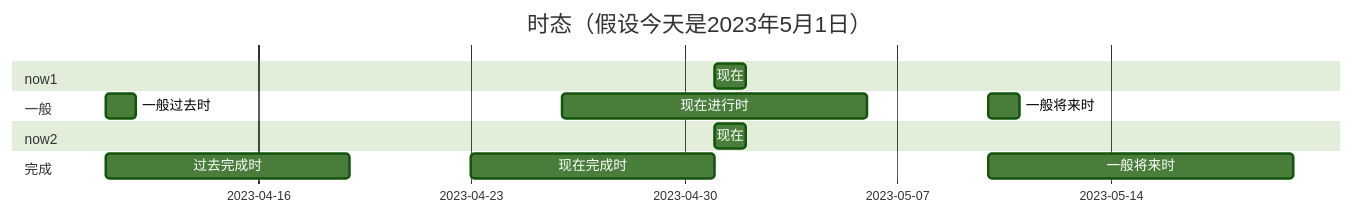
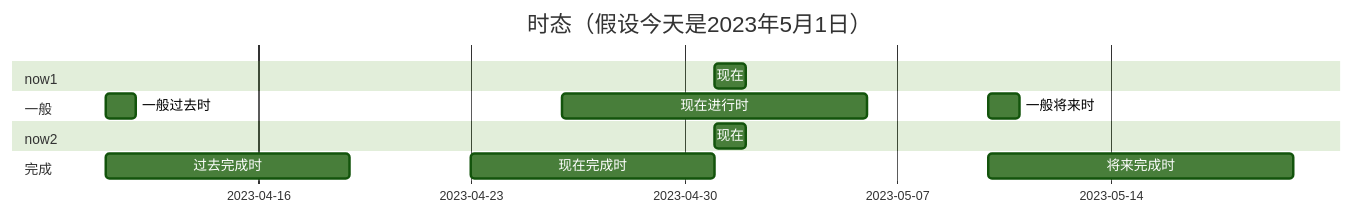
The fourth of 4 diagrams in English/英语学习笔记-沈俊杰.md (namelessmyth/beFreeCoder), drawn with Mermaid (forest theme) before and after one commit. The commit also changed other lines of this file and 5 other files, not shown here.

````diff
--- a/English/英语学习笔记-沈俊杰.md
+++ b/English/英语学习笔记-沈俊杰.md
@@ -3475,19 +3475,19 @@
  ```mermaid
  ---
  displayMode: compact
  ---
  gantt
      title 时态（假设今天是2023年5月1日）
      section now1
      现在          :a0, 2023-05-01, 1d
      section 一般
      一般过去时     :a1, 2023-04-11, 1d
  	现在进行时     :a2, 2023-04-26, 10d
      一般将来时     :a3, 2023-05-10, 1d
      section now2
      现在          :a0, 2023-05-01, 1d
      section 完成
      过去完成时     :a1, 2023-04-11, 8d
  	现在完成时     :a2, 2023-04-23, 8d
-     一般将来时     :a3, 2023-05-10, 10d
+     将来完成时     :a3, 2023-05-10, 10d
  ```
````
